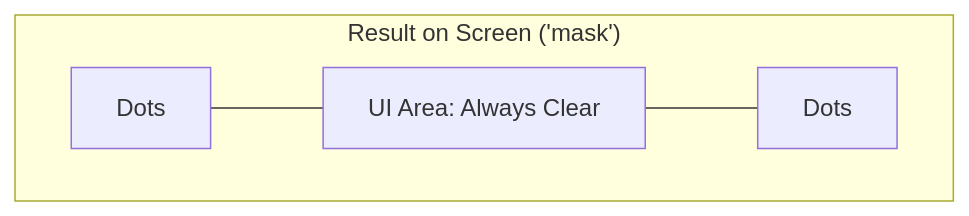
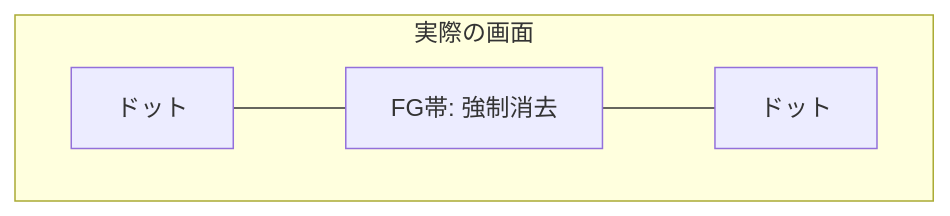
Before and after one commit to masanori-satake/QuickLog-Solo: the first of 3 diagrams in docs/animation_module_spec.md, drawn with Mermaid. The commit also changed other lines of this file and 21 other files, not shown here.

````diff
--- a/docs/animation_module_spec.md
+++ b/docs/animation_module_spec.md
@@ -196,6 +41,6 @@
 ```mermaid
 graph TD
-    subgraph "Result on Screen ('mask')"
-    Dots1[Dots] --- UI[UI Area: Always Clear] --- Dots2[Dots]
+    subgraph "実際の画面"
+    Dots1[ドット] --- FG[FG帯: 強制消去] --- Dots2[ドット]
     end
 ```
````
